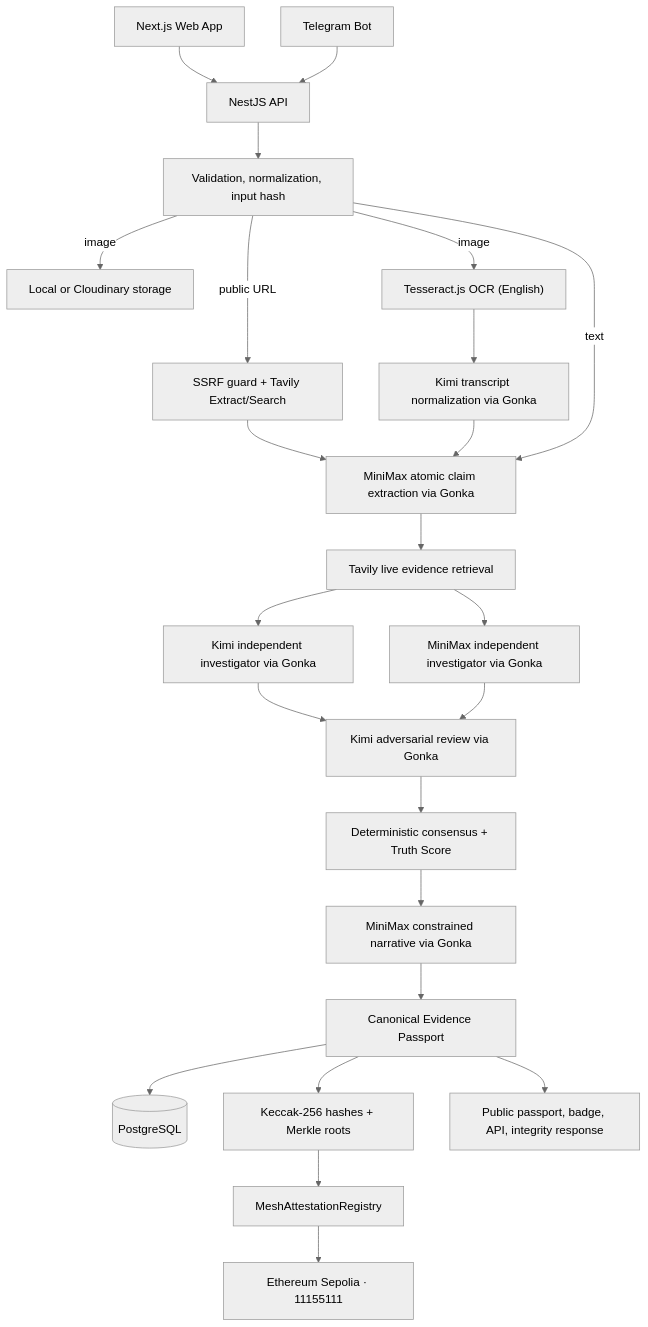
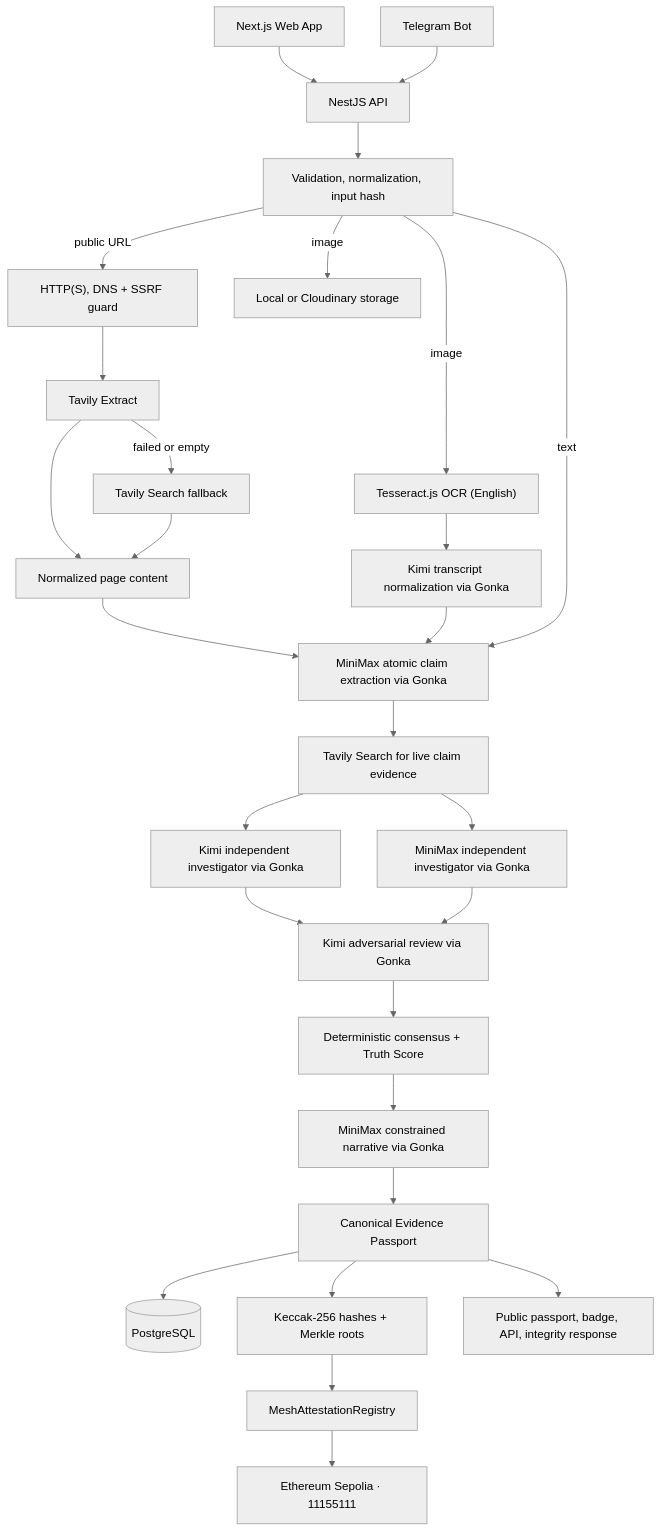
The diagram in README.md (benjaminnkem/AI3-hack), drawn with Mermaid (neutral theme) before and after one commit. The commit also changed other lines of this file, not shown here.

Commit message:
docs: update project README with detailed Tavily integration and pipeline workflow documentation

````diff
--- a/README.md
+++ b/README.md
@@ -208,28 +219,32 @@
 ```mermaid
 flowchart TD
     W["Next.js Web App"] --> API["NestJS API"]
     T["Telegram Bot"] --> API
 
     API --> V["Validation, normalization, input hash"]
-    V -->|"public URL"| U["SSRF guard + Tavily Extract/Search"]
+    V -->|"public URL"| SAFE["HTTP(S), DNS + SSRF guard"]
+    SAFE --> EXTRACT["Tavily Extract"]
+    EXTRACT --> CONTENT["Normalized page content"]
+    EXTRACT -->|"failed or empty"| SEARCH_FALLBACK["Tavily Search fallback"]
+    SEARCH_FALLBACK --> CONTENT
     V -->|"image"| S["Local or Cloudinary storage"]
     V -->|"image"| O["Tesseract.js OCR (English)"]
     O --> VN["Kimi transcript normalization via Gonka"]
 
-    U --> C["MiniMax atomic claim extraction via Gonka"]
+    CONTENT --> C["MiniMax atomic claim extraction via Gonka"]
     VN --> C
     V -->|"text"| C
-    C --> E["Tavily live evidence retrieval"]
+    C --> E["Tavily Search for live claim evidence"]
     E --> KI["Kimi independent investigator via Gonka"]
     E --> MI["MiniMax independent investigator via Gonka"]
     KI --> A["Kimi adversarial review via Gonka"]
     MI --> A
     A --> D["Deterministic consensus + Truth Score"]
     D --> N["MiniMax constrained narrative via Gonka"]
     N --> P["Canonical Evidence Passport"]
     P --> DB[("PostgreSQL")]
     P --> H["Keccak-256 hashes + Merkle roots"]
     H --> SC["MeshAttestationRegistry"]
     SC --> ETH["Ethereum Sepolia · 11155111"]
     P --> PUB["Public passport, badge, API, integrity response"]
 ```
````
